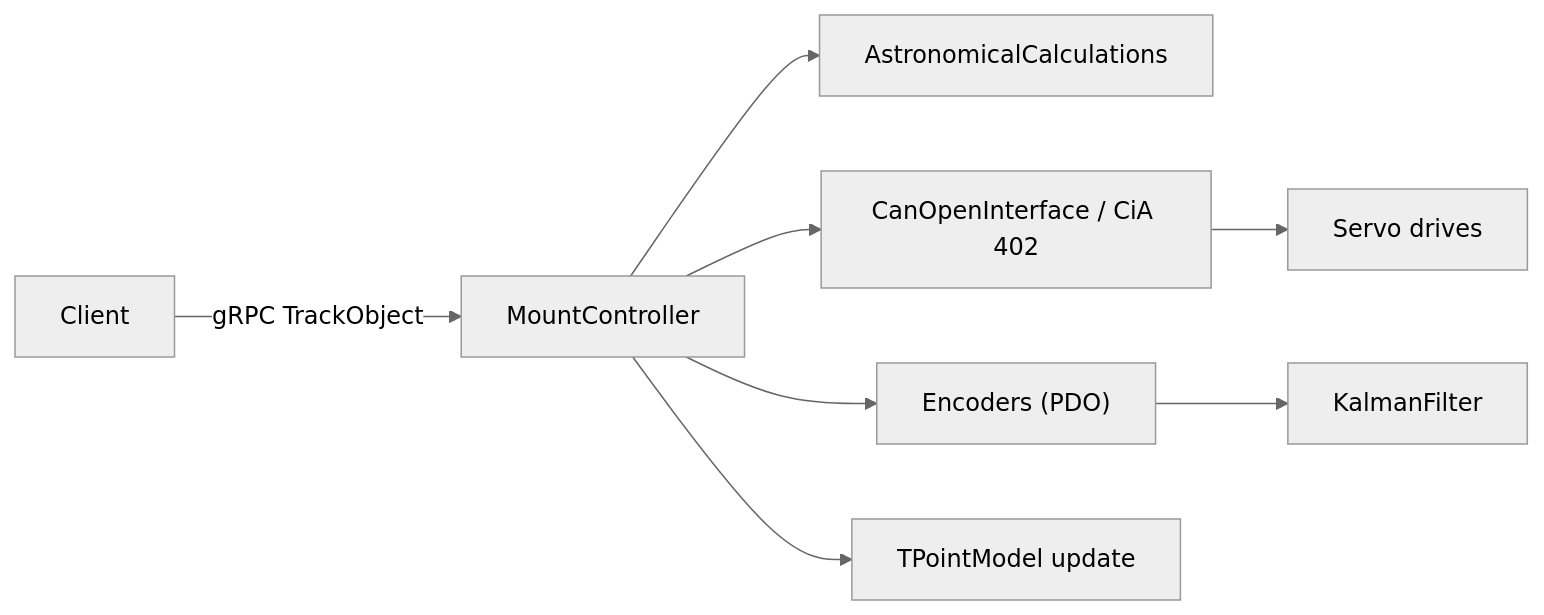
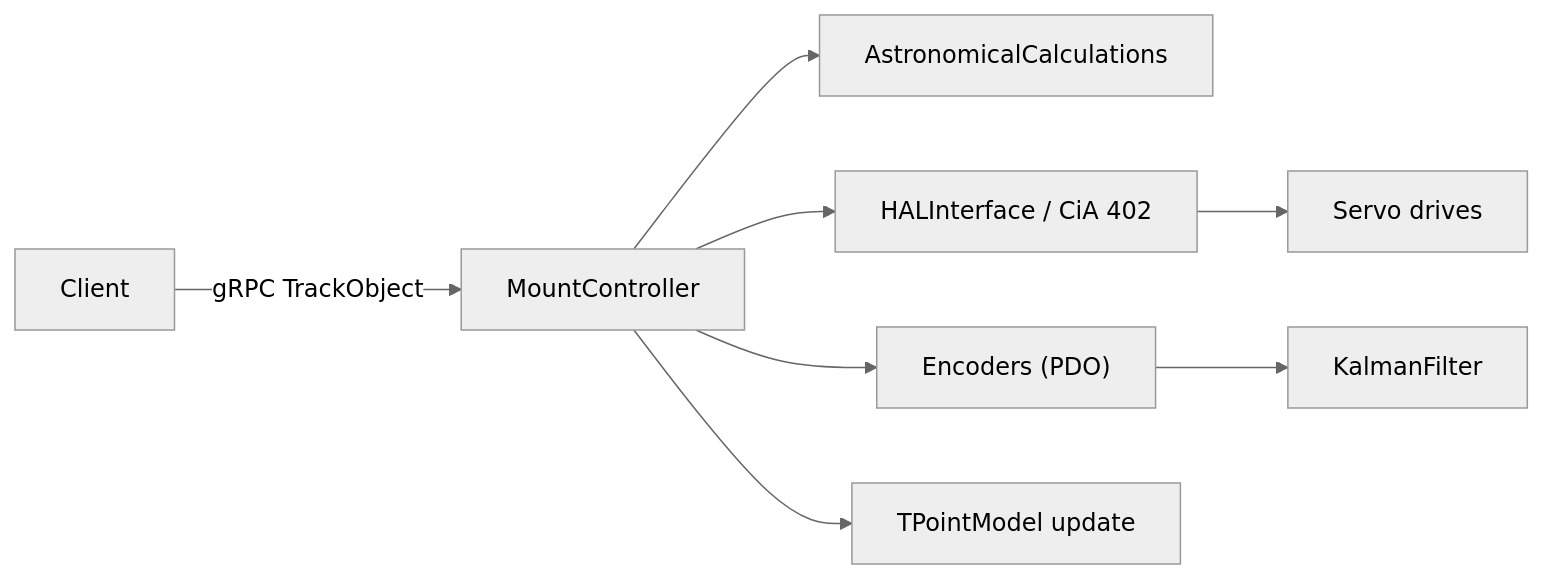
Before and after one commit to pielaszkiewicz-jacek/astro_mount_control: the second of 11 diagrams in docs/en/architecture.md, drawn with Mermaid (neutral theme). The commit also changed other lines of this file and 674 other files, not shown here.

````diff
--- a/docs/en/architecture.md
+++ b/docs/en/architecture.md
@@ -313,10 +377,10 @@
 ```mermaid
 flowchart LR
     CLIENT["Client"] -->|gRPC TrackObject| MC["MountController"]
     MC --> ASTRO["AstronomicalCalculations"]
-    MC --> CAN["CanOpenInterface / CiA 402"]
-    CAN --> DRIVES["Servo drives"]
+    MC --> HAL["HALInterface / CiA 402"]
+    HAL --> DRIVES["Servo drives"]
     MC --> ENC["Encoders (PDO)"]
     ENC --> KF["KalmanFilter"]
     MC --> TP["TPointModel update"]
 ```
````
